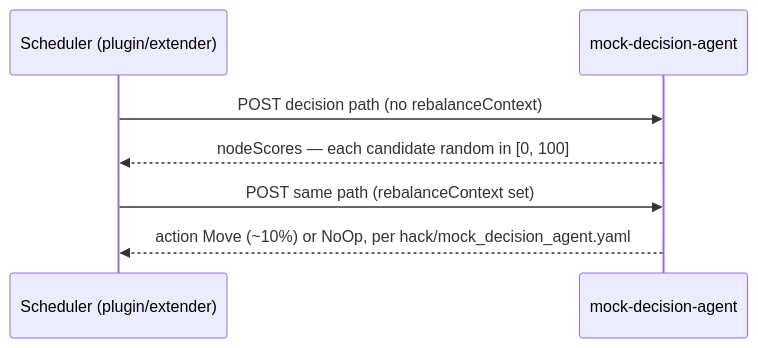
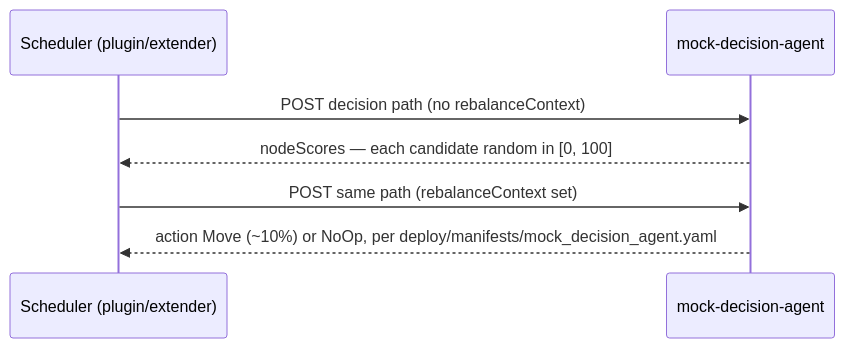
The seventh of 7 diagrams in docs/deployment.md (HIRO-MicroDataCenters-BV/hiro-adaptive-orchestrator), drawn with Mermaid before and after one commit. The commit also changed other lines of this file and 63 other files, not shown here.

Commit message:
Move deployment scripts, mock agent and umbrella chart into deploy/; keep hack/ for dev tooling

````diff
--- a/docs/deployment.md
+++ b/docs/deployment.md
@@ -624,9 +624,9 @@
 ```mermaid
 sequenceDiagram
     participant Sched as Scheduler (plugin/extender)
     participant Mock as mock-decision-agent
     Sched->>Mock: POST decision path (no rebalanceContext)
     Mock-->>Sched: nodeScores — each candidate random in [0, 100]
     Sched->>Mock: POST same path (rebalanceContext set)
-    Mock-->>Sched: action Move (~10%) or NoOp, per hack/mock_decision_agent.yaml
+    Mock-->>Sched: action Move (~10%) or NoOp, per deploy/manifests/mock_decision_agent.yaml
 ```
````
